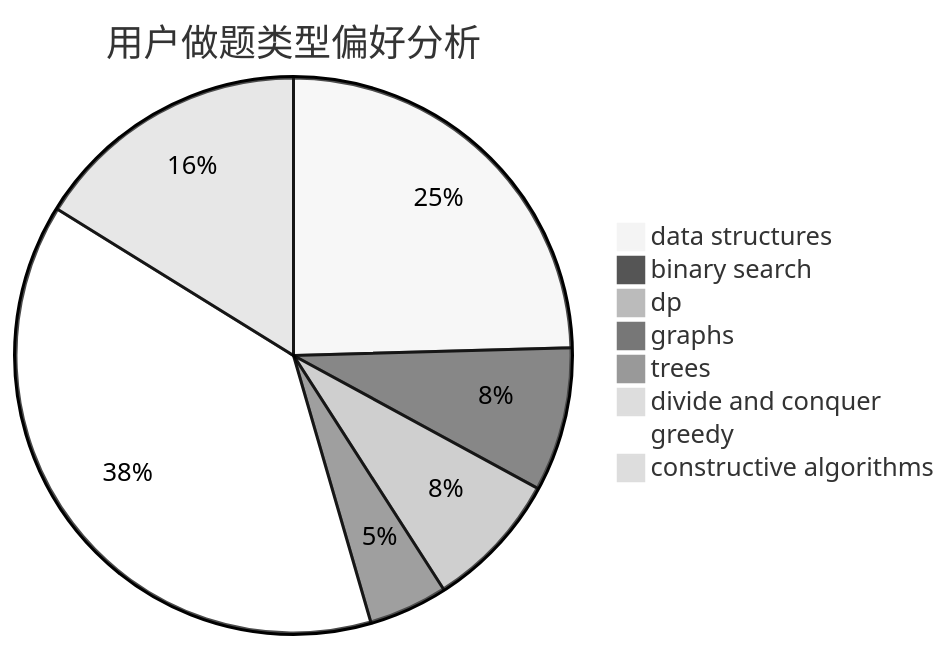
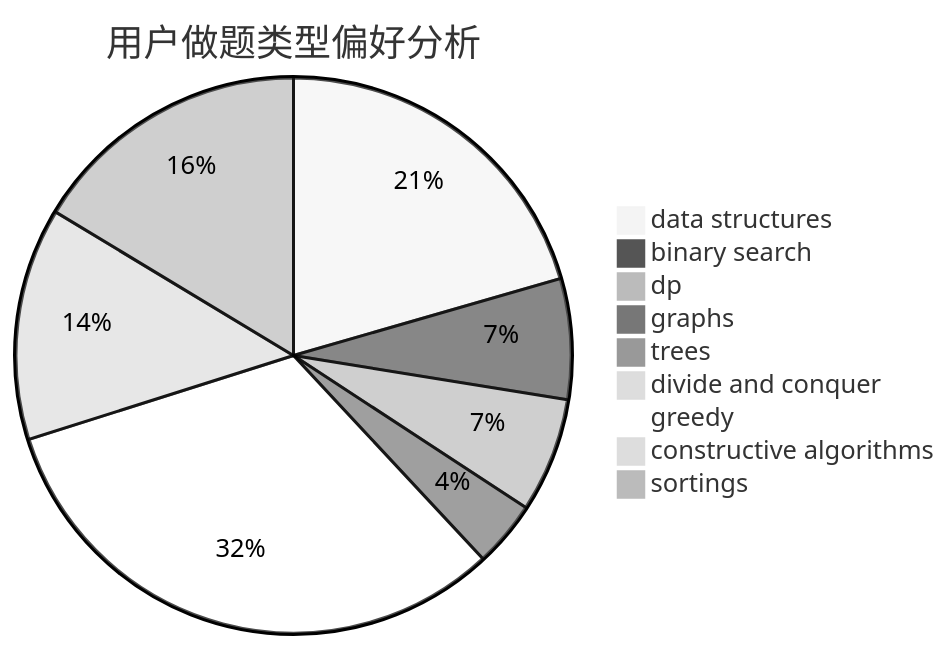
Before and after one commit to sherpahu/cfrs.github.io: the second of 3 diagrams in docs/user/u558.md, drawn with Mermaid (neutral theme). The commit also changed other lines of this file and 2769 other files, not shown here.

````diff
--- a/docs/user/u558.md
+++ b/docs/user/u558.md
@@ -23,11 +18,12 @@
 ```mermaid
 pie title 用户做题类型偏好分析
     "data structures" :  123
     "binary search" :  42
     "dp" :  40
     "graphs" :  23
     "trees" :  0
     "divide and conquer" :  0
     "greedy" :  192
     "constructive algorithms" :  81
+    "sortings" :  98
 ```
````
